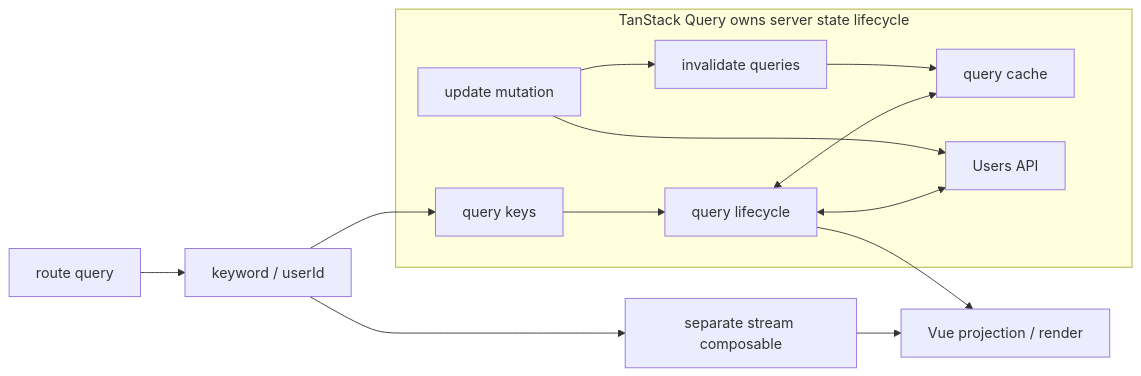
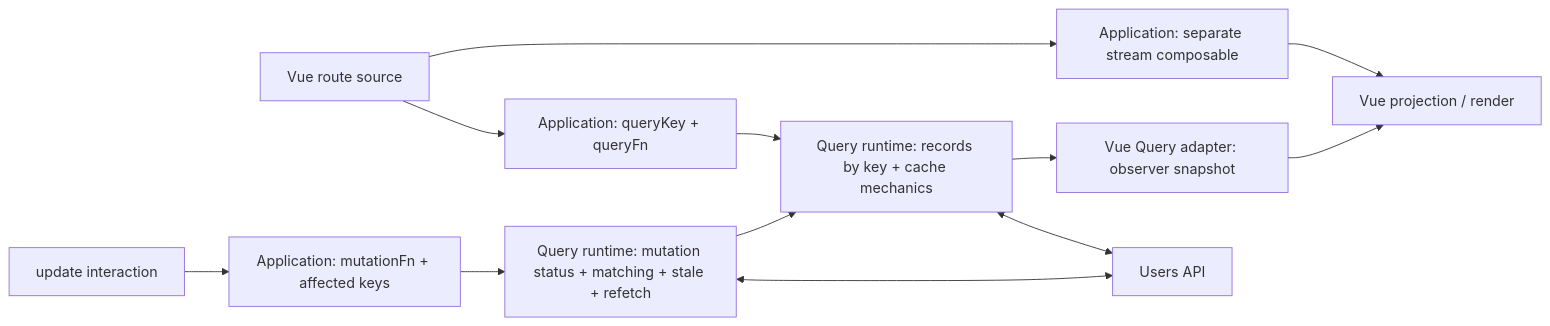
The second of 3 diagrams in docs/vue-async-ownership-talk-proposal.md (Luciano0322/v-tw-talk-2026), drawn with Mermaid before and after one commit. The commit also changed other lines of this file and 3 other files, not shown here.

````diff
--- a/docs/vue-async-ownership-talk-proposal.md
+++ b/docs/vue-async-ownership-talk-proposal.md
@@ -782,18 +782,16 @@
 ```mermaid
 flowchart LR
-  Route[route query] --> Sources[keyword / userId]
-  Sources --> Keys[query keys]
+  Route[Vue route source] --> ReadPolicy[Application: queryKey + queryFn]
+  ReadPolicy --> Records[Query runtime: records by key + cache mechanics]
+  Records <--> API[Users API]
+  Records --> Adapter[Vue Query adapter: observer snapshot]
+  Adapter --> Vue[Vue projection / render]
 
-  subgraph QueryOwner[TanStack Query owns server state lifecycle]
-    Keys --> Query[query lifecycle]
-    Query <--> Cache[query cache]
-    Query <--> API[Users API]
-    Mutation[update mutation] --> API
-    Mutation --> Invalidate[invalidate queries]
-    Invalidate --> Cache
-  end
+  Interaction[update interaction] --> WritePolicy[Application: mutationFn + affected keys]
+  WritePolicy --> MutationRuntime[Query runtime: mutation status + matching + stale + refetch]
+  MutationRuntime <--> API
+  MutationRuntime --> Records
 
-  Query --> Vue[Vue projection / render]
-  Sources --> Stream[separate stream composable]
+  Route --> Stream[Application: separate stream composable]
   Stream --> Vue
 ```
````
